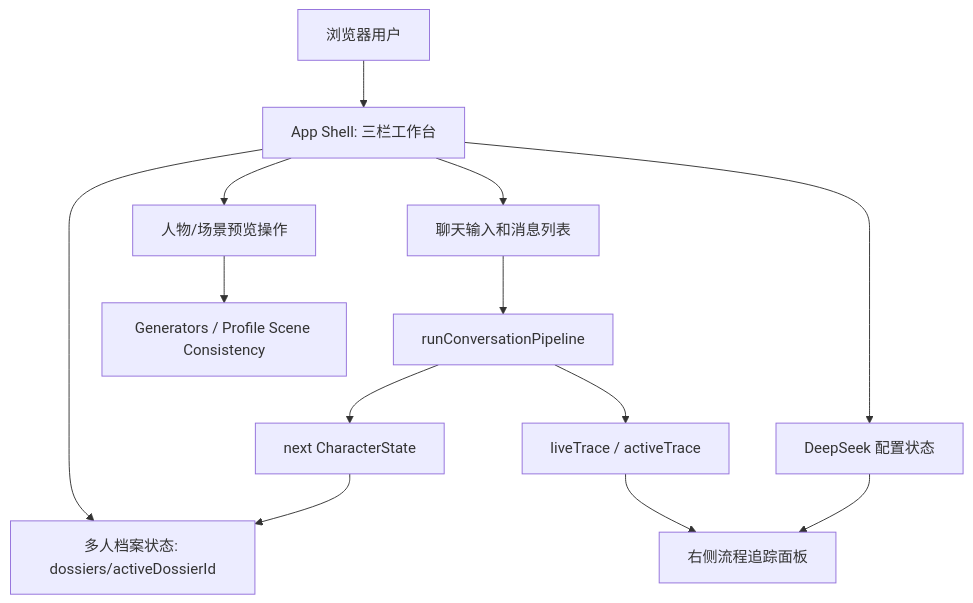
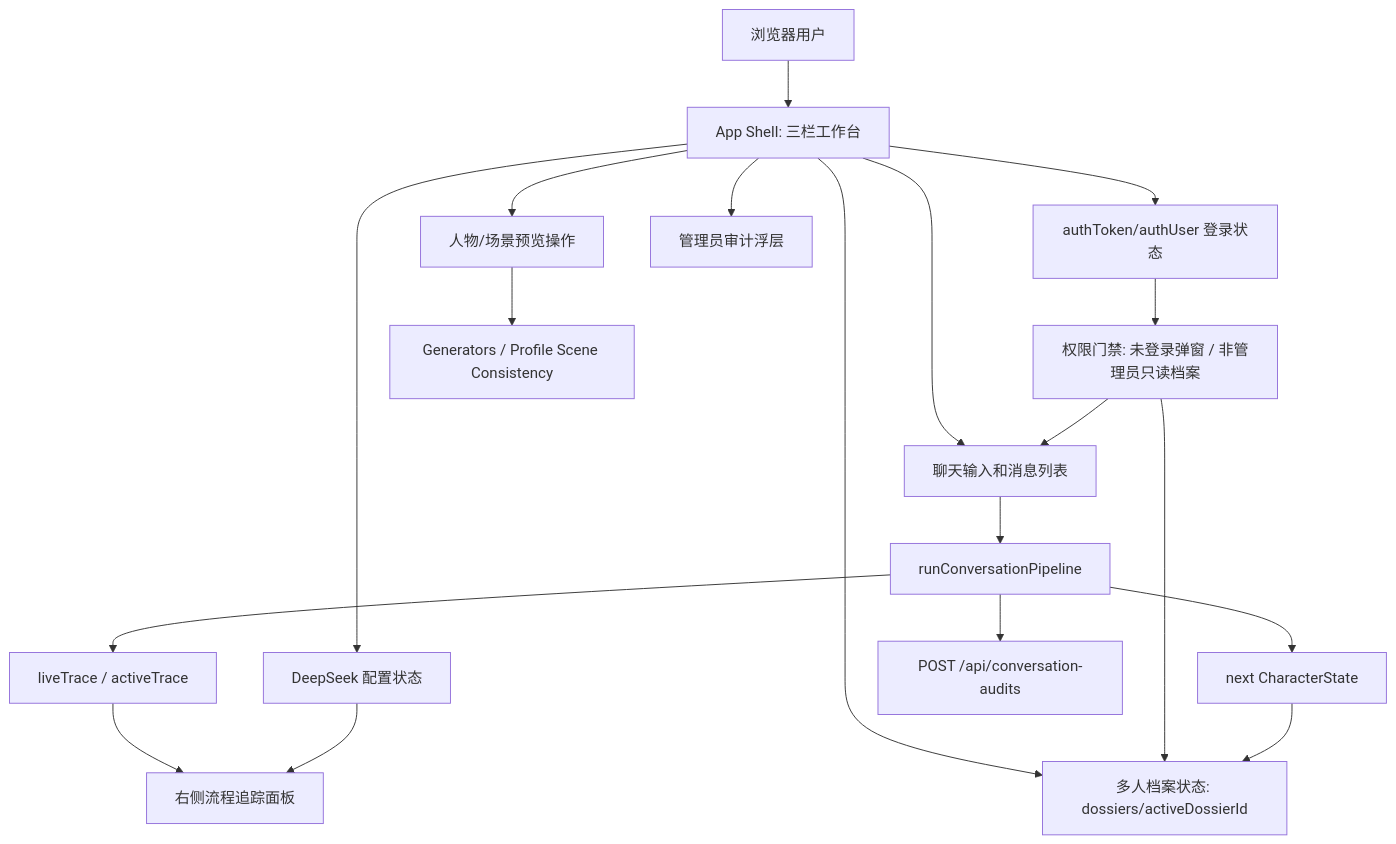
One commit to ttmanthatman/virtual-human-flow changed diagram 11 of 30 in docs/SYSTEM_FLOW.md. Above: the diagram before and after it, drawn with Mermaid. The commit also changed other lines of this file and 13 other files, not shown here.

Commit message:
feat: add liao auth and audit logging

````diff
--- a/docs/SYSTEM_FLOW.md
+++ b/docs/SYSTEM_FLOW.md
@@ -204,15 +256,21 @@
 ```mermaid
 flowchart TD
     U["浏览器用户"] --> UI["App Shell: 三栏工作台"]
+    UI --> AUTH["authToken/authUser 登录状态"]
     UI --> DOS["多人档案状态: dossiers/activeDossierId"]
     UI --> CFG["DeepSeek 配置状态"]
     UI --> CHAT["聊天输入和消息列表"]
+    AUTH --> GATE["权限门禁: 未登录弹窗 / 非管理员只读档案"]
+    GATE --> CHAT
+    GATE --> DOS
     CHAT --> PIPE["runConversationPipeline"]
     PIPE --> TRACE["liveTrace / activeTrace"]
     PIPE --> STATE["next CharacterState"]
     STATE --> DOS
+    PIPE --> AUDIT["POST /api/conversation-audits"]
     TRACE --> PANEL["右侧流程追踪面板"]
     CFG --> PANEL
     UI --> PREVIEW["人物/场景预览操作"]
     PREVIEW --> GEN["Generators / Profile Scene Consistency"]
+    UI --> ADMIN["管理员审计浮层"]
 ```
````
